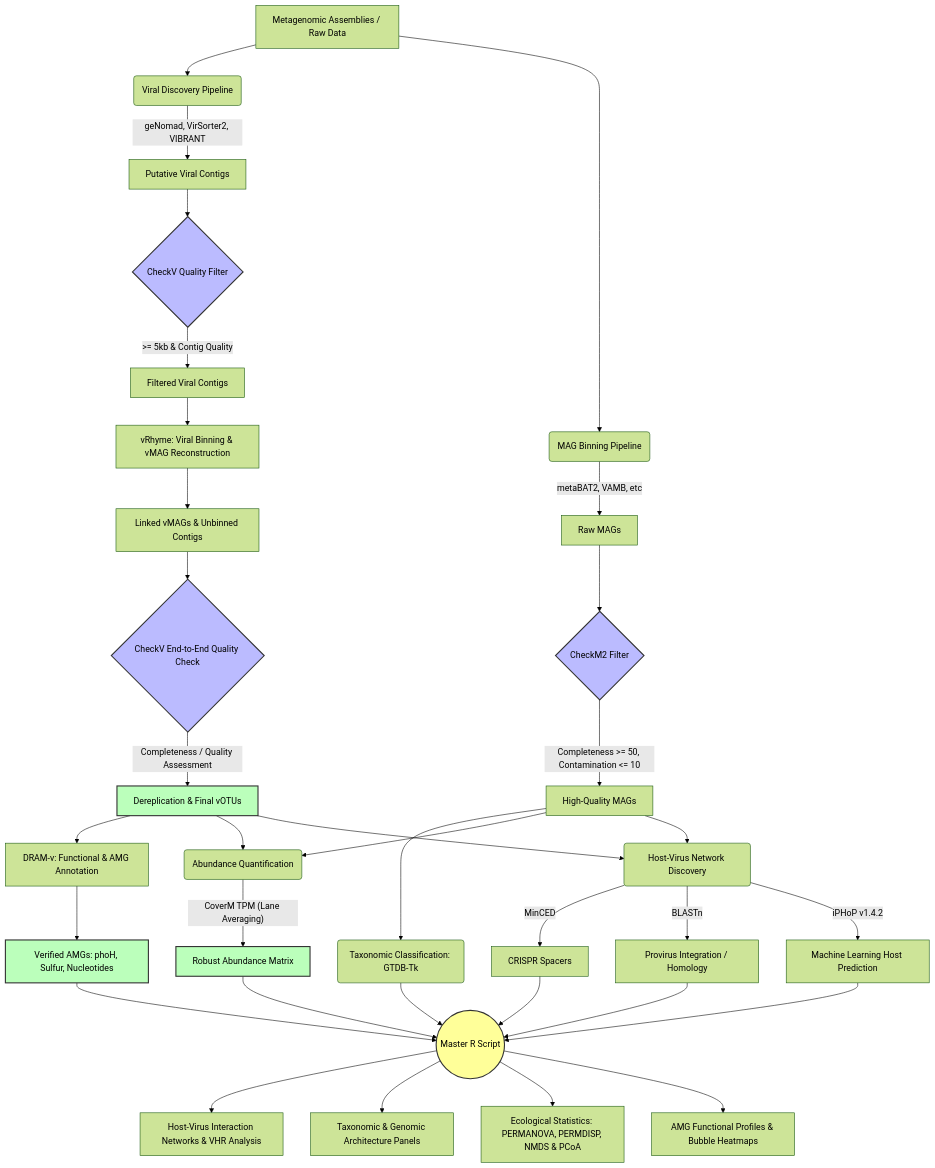
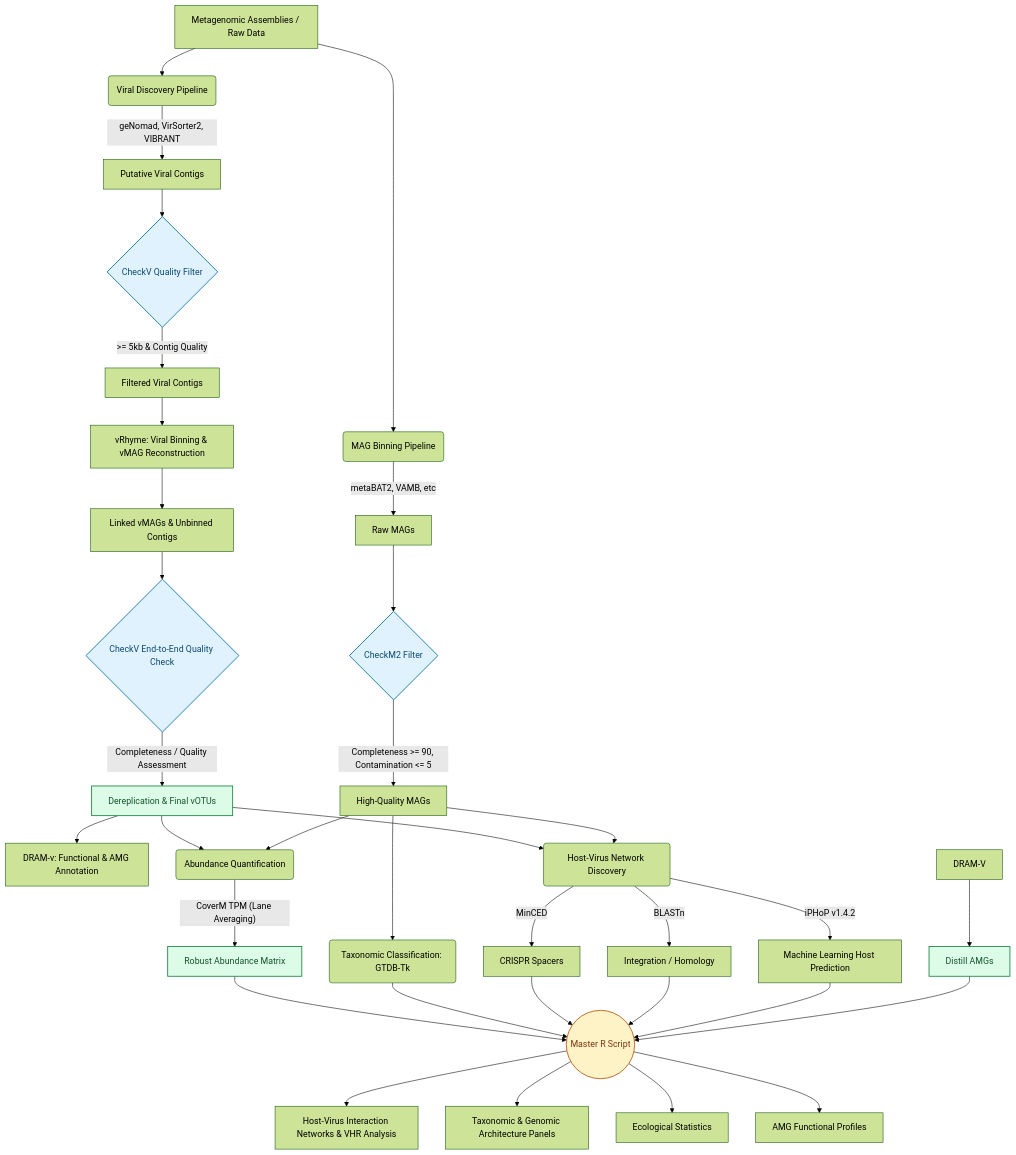
One commit to jesussstap/virus_metagenome changed the diagram in README.md. Above: the diagram before and after it, drawn with Mermaid (forest theme).

````diff
--- a/README.md
+++ b/README.md
@@ -11,63 +11,63 @@
 ```mermaid
 graph TD
-    %% Estilos de nodos
-    classDef process fill:#f9f,stroke:#333,stroke-width:2px
-    classDef filterNode fill:#bbf,stroke:#333,stroke-width:2px
-    classDef outputNode fill:#bfb,stroke:#333,stroke-width:2px
-    classDef rscript fill:#ff9,stroke:#333,stroke-width:2px
+    %% Estilos de nodos (Paleta sobria y profesional para póster / fondo blanco)
+    classDef process fill:#F8FAFC,stroke:#334155,stroke-width:1.5px,color:#0F172A
+    classDef filterNode fill:#E0F2FE,stroke:#0369A1,stroke-width:1.5px,color:#0C4A6E
+    classDef outputNode fill:#DCFCE7,stroke:#15803D,stroke-width:1.5px,color:#14532D
+    classDef rscript fill:#FEF3C7,stroke:#B45309,stroke-width:1.5px,color:#78350F
 
     %% 1. ENTRADA DE DATOS
     A[Metagenomic Assemblies / Raw Data] --> B(Viral Discovery Pipeline)
     A --> C(MAG Binning Pipeline)
     
     %% 2. FILTRADO Y DESCUBRIMIENTO VIRAL
     B -->|"geNomad, VirSorter2, VIBRANT"| D[Putative Viral Contigs]
     D --> F{CheckV Quality Filter}
     F -->|">= 5kb & Contig Quality"| G[Filtered Viral Contigs]
     
     %% INCLUSIÓN DE VRHYME
     G --> V[vRhyme: Viral Binning & vMAG Reconstruction]
     V --> W[Linked vMAGs & Unbinned Contigs]
     W --> CheckV2{CheckV End-to-End Quality Check}
     CheckV2 -->|"Completeness / Quality Assessment"| H_vOTU[Dereplication & Final vOTUs]
 
     %% 3. PROCESAMIENTO DE HOST MAGs
     C -->|"metaBAT2, VAMB, etc"| E[Raw MAGs]
     E --> H{CheckM2 Filter}
-    H -->|"Completeness >= 50, Contamination <= 10"| I[High-Quality MAGs]
+    H -->|"Completeness >= 90, Contamination <= 5"| I[High-Quality MAGs]
     I --> J(Taxonomic Classification: GTDB-Tk)
 
     %% 4. ANOTACIÓN FUNCIONAL (DRAM-V)
     H_vOTU --> DRAM[DRAM-v: Functional & AMG Annotation]
-    DRAM --> AMGs["Verified AMGs: phoH, Sulfur, Nucleotides"]
+    DRAM-V --> AMGs["Distill AMGs"]
 
     %% 5. ABUNDANCIA E INTERACCIONES
     H_vOTU --> K(Abundance Quantification)
     I --> K
     K -->|"CoverM TPM (Lane Averaging)"| L[Robust Abundance Matrix]
 
     H_vOTU --> M(Host-Virus Network Discovery)
     I --> M
     M -->|MinCED| N[CRISPR Spacers]
-    M -->|BLASTn| O[Provirus Integration / Homology]
+    M -->|BLASTn| O[Integration / Homology]
     M -->|"iPHoP v1.4.2"| P[Machine Learning Host Prediction]
 
     %% 6. INTEGRACIÓN Y ESTADÍSTICAS EN R
     L --> Q((Master R Script))
     J --> Q
     N --> Q
     O --> Q
     P --> Q
     AMGs --> Q
 
     %% 7. PRODUCTOS Y RESULTADOS VISUALES
     Q --> R["Host-Virus Interaction Networks & VHR Analysis"]
     Q --> S["Taxonomic & Genomic Architecture Panels"]
-    Q --> T["Ecological Statistics: PERMANOVA, PERMDISP, NMDS & PCoA"]
-    Q --> U["AMG Functional Profiles & Bubble Heatmaps"]
+    Q --> T["Ecological Statistics"]
+    Q --> U["AMG Functional Profiles"]
 
     %% Aplicación de clases
     class F,H,CheckV2 filterNode
     class H_vOTU,L,AMGs outputNode
     class Q rscript
 ``` 
````
